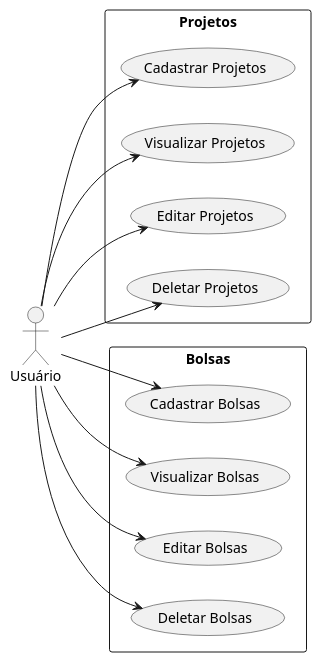
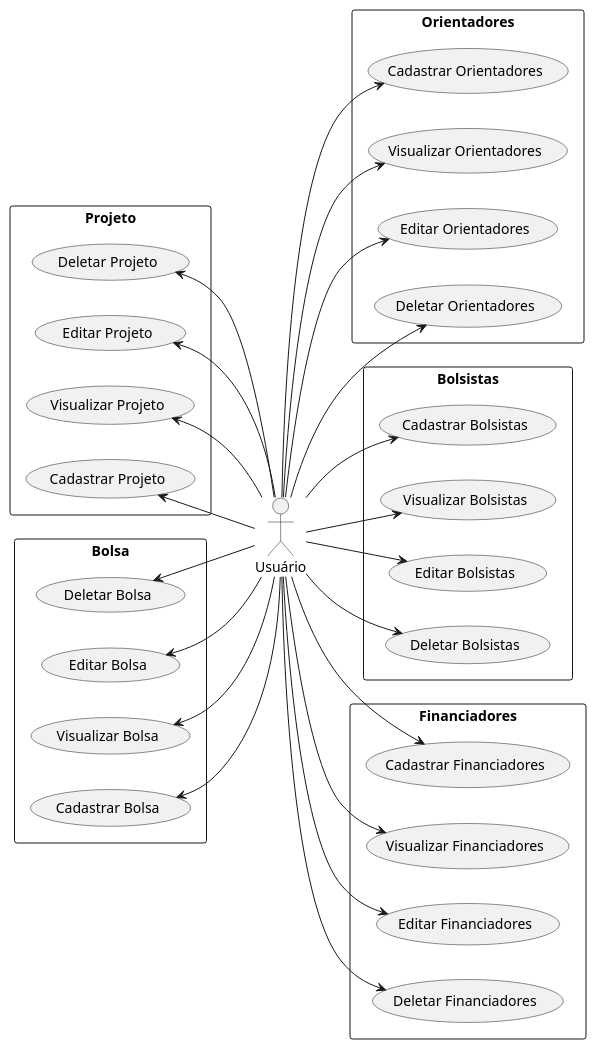
One commit to sofialctv/coLAB changed the diagram in diagramas/diagrama-casos-de-uso.plantuml. Above: the diagram before and after it, drawn with PlantUML. The commit also changed 10 other files, not shown here.

Commit message:
docs: atualizando diagramas

```diff
--- a/diagramas/diagrama-casos-de-uso.plantuml
+++ b/diagramas/diagrama-casos-de-uso.plantuml
@@ -1,30 +1,66 @@
 @startuml
 
 left to right direction
 actor "Usuário" as c
-rectangle Projetos {
-  usecase "Cadastrar Projetos" as UC1
-  usecase "Visualizar Projetos" as UC2
-  usecase "Editar Projetos" as UC3
-  usecase "Deletar Projetos" as UC4
+
+rectangle Projeto {
+  usecase "Cadastrar Projeto" as UC1
+  usecase "Visualizar Projeto" as UC2
+  usecase "Editar Projeto" as UC3
+  usecase "Deletar Projeto" as UC4
 }
 
-left to right direction
-actor "Usuário" as c
-rectangle Bolsas {
-  usecase "Cadastrar Bolsas" as UC5
-  usecase "Visualizar Bolsas" as UC6
-  usecase "Editar Bolsas" as UC7
-  usecase "Deletar Bolsas" as UC8
-  }
+rectangle Bolsa {
+  usecase "Cadastrar Bolsa" as UC5
+  usecase "Visualizar Bolsa" as UC6
+  usecase "Editar Bolsa" as UC7
+  usecase "Deletar Bolsa" as UC8
+}
 
-c --> UC1
-c --> UC2
-c --> UC3
-c --> UC4
-c --> UC5
-c --> UC6
-c --> UC7
-c --> UC8
+rectangle Orientadores {
+  usecase "Cadastrar Orientadores" as UC9
+  usecase "Visualizar Orientadores" as UC10
+  usecase "Editar Orientadores" as UC11
+  usecase "Deletar Orientadores" as UC12
+}
+
+rectangle Bolsistas {
+  usecase "Cadastrar Bolsistas" as UC13
+  usecase "Visualizar Bolsistas" as UC14
+  usecase "Editar Bolsistas" as UC15
+  usecase "Deletar Bolsistas" as UC16
+}
+
+rectangle Financiadores {
+  usecase "Cadastrar Financiadores" as UC17
+  usecase "Visualizar Financiadores" as UC18
+  usecase "Editar Financiadores" as UC19
+  usecase "Deletar Financiadores" as UC20
+}
+
+c -up-> UC1
+c -up-> UC2
+c -up-> UC3
+c -up-> UC4
+
+c -up-> UC5
+c -up-> UC6
+c -up-> UC7
+c -up-> UC8
+
+c --> UC9
+c --> UC10
+c --> UC11
+c --> UC12
+
+c --> UC13
+c --> UC14
+c --> UC15
+c --> UC16
+
+c --> UC17
+c --> UC18
+c --> UC19
+c --> UC20
 
 @enduml
```
